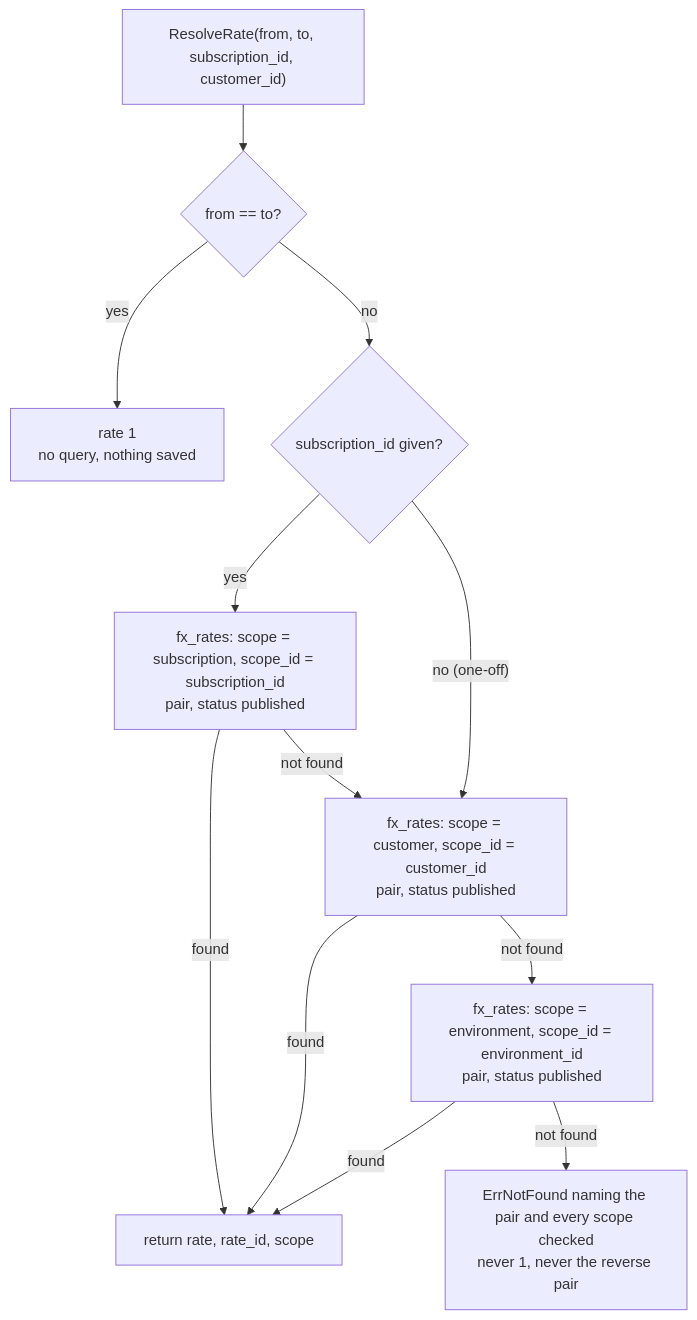
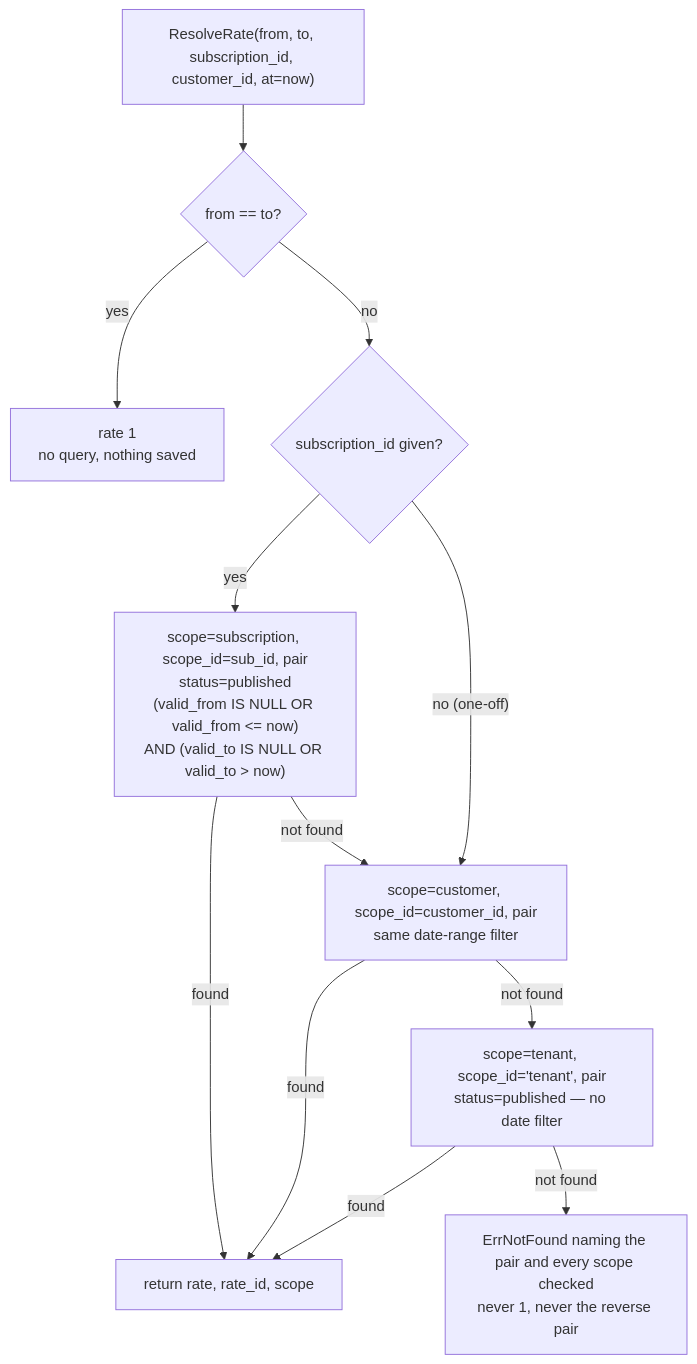
One commit to aghijap/flexprice-FLE-1411 changed the third of 8 diagrams in docs/design/2026-09-26-FLE-1383-adaptive-multi-currency-erd.md. Above: the diagram before and after it, drawn with Mermaid. The commit also changed other lines of this file, not shown here.

Commit message:
docs(FLE-1383): author edits — tenant scope, rate validity windows, line original amounts, wallets unchanged

````diff
--- a/docs/design/2026-09-26-FLE-1383-adaptive-multi-currency-erd.md
+++ b/docs/design/2026-09-26-FLE-1383-adaptive-multi-currency-erd.md
@@ -388,14 +314,14 @@
 ```mermaid
 flowchart TD
-    A["ResolveRate(from, to, subscription_id, customer_id)"] --> I{"from == to?"}
+    A["ResolveRate(from, to, subscription_id, customer_id, at=now)"] --> I{"from == to?"}
     I -- yes --> ID["rate 1<br/>no query, nothing saved"]
     I -- no --> S{"subscription_id given?"}
-    S -- yes --> SQ["fx_rates: scope = subscription, scope_id = subscription_id<br/>pair, status published"]
+    S -- yes --> SQ["scope=subscription, scope_id=sub_id, pair<br/>status=published<br/>(valid_from IS NULL OR valid_from <= now)<br/>AND (valid_to IS NULL OR valid_to > now)"]
     S -- "no (one-off)" --> CQ
     SQ -- found --> WIN["return rate, rate_id, scope"]
-    SQ -- "not found" --> CQ["fx_rates: scope = customer, scope_id = customer_id<br/>pair, status published"]
+    SQ -- "not found" --> CQ["scope=customer, scope_id=customer_id, pair<br/>same date-range filter"]
     CQ -- found --> WIN
-    CQ -- "not found" --> EQ["fx_rates: scope = environment, scope_id = environment_id<br/>pair, status published"]
-    EQ -- found --> WIN
-    EQ -- "not found" --> NF["ErrNotFound naming the pair and every scope checked<br/>never 1, never the reverse pair"]
+    CQ -- "not found" --> TQ["scope=tenant, scope_id='tenant', pair<br/>status=published — no date filter"]
+    TQ -- found --> WIN
+    TQ -- "not found" --> NF["ErrNotFound naming the pair and every scope checked<br/>never 1, never the reverse pair"]
 ```
````
